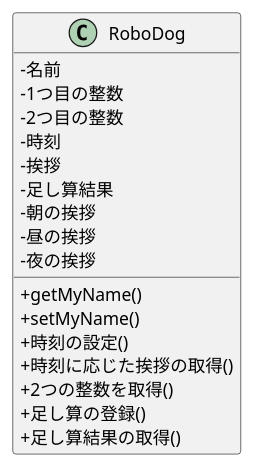
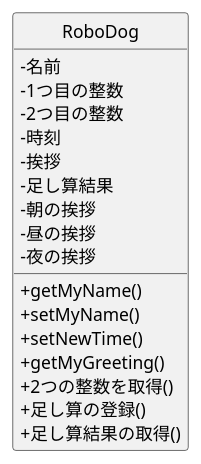
The diagram in 06_robo_dog/class.pu (ko246/ohara_uml), drawn with PlantUML before and after one commit. The commit also changed 3 other files, not shown here.

```diff
--- a/06_robo_dog/class.pu
+++ b/06_robo_dog/class.pu
@@ -1,23 +1,25 @@
-@startuml
+@startuml RoboDogクラス図
 skinparam classAttributeIconSize 0
+hide circle
+
 class RoboDog {
     -名前
     -1つ目の整数
     -2つ目の整数
     -時刻
     -挨拶
     -足し算結果
     -朝の挨拶
     -昼の挨拶
     -夜の挨拶
 
     +getMyName()
     +setMyName()
-    +時刻の設定()
-    +時刻に応じた挨拶の取得()
+    +setNewTime()
+    +getMyGreeting()
     +2つの整数を取得()
     +足し算の登録()
     +足し算結果の取得()
 
 }
 @enduml
```
